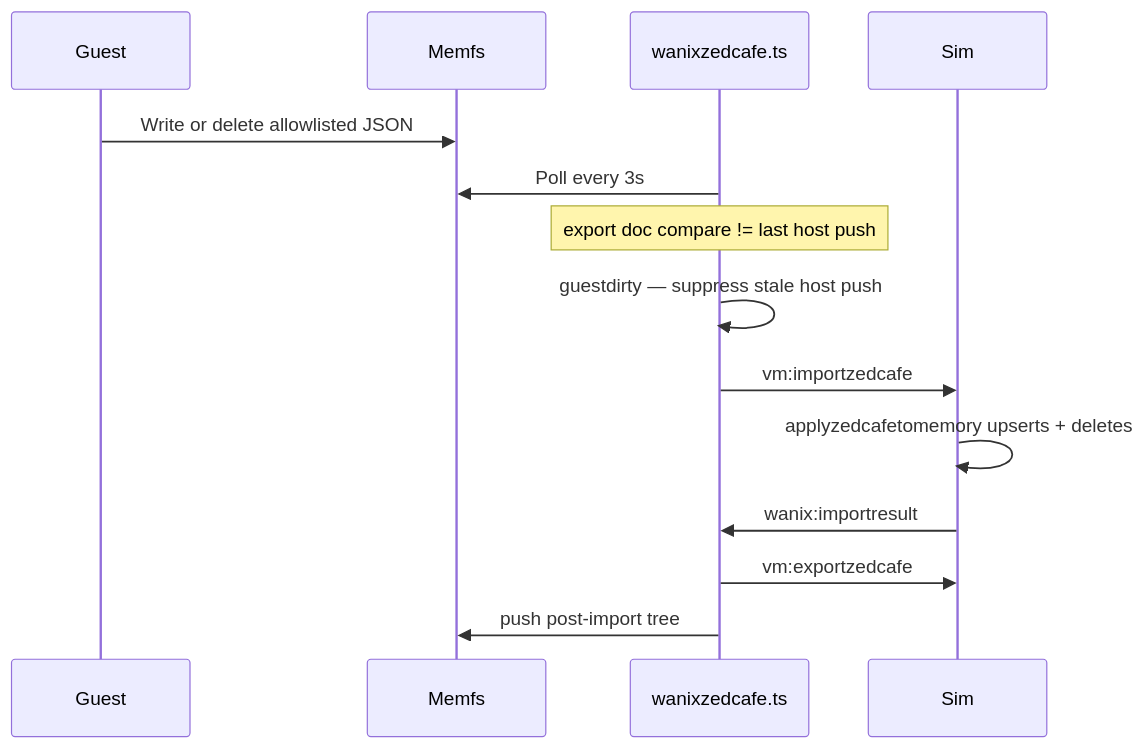
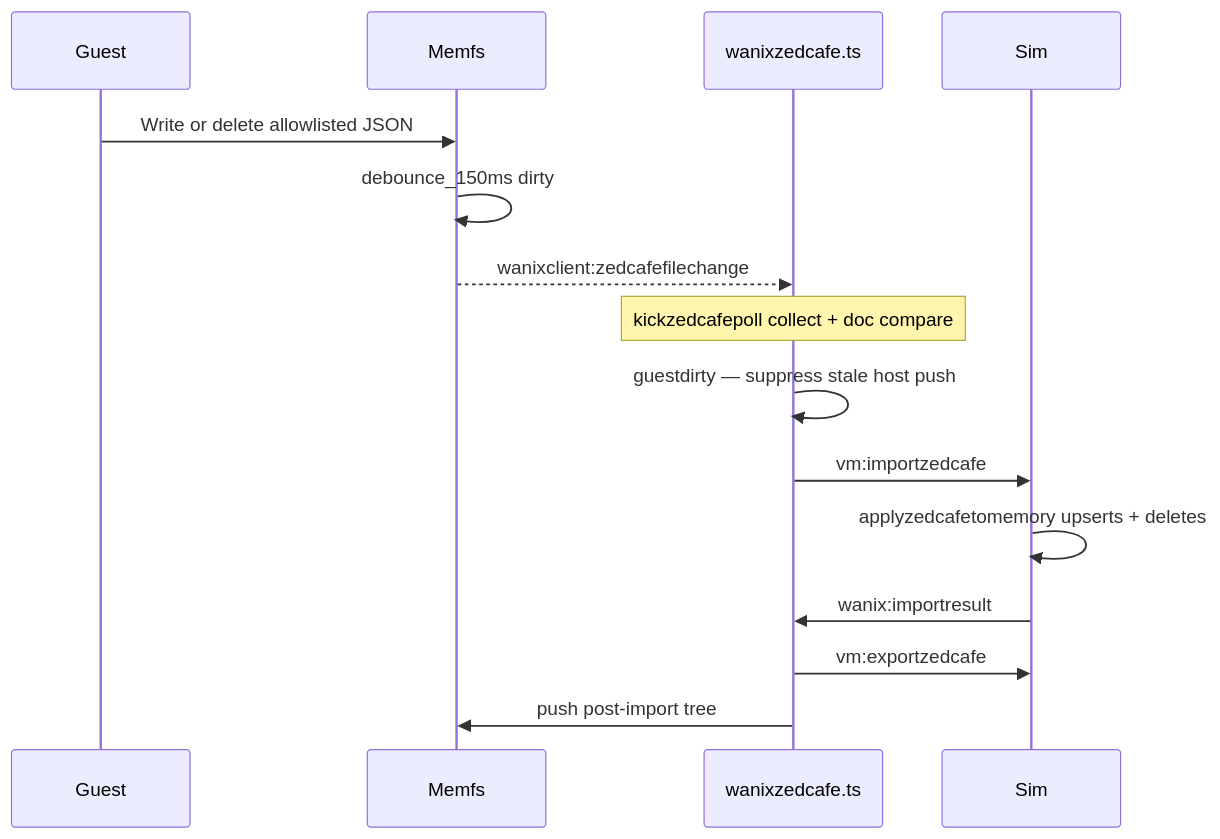
The fourth of 9 diagrams in zss/feature/wanix/README.md (goldbuick/zed-software-system), drawn with Mermaid before and after one commit. The commit also changed other lines of this file and 22 other files, not shown here.

````diff
--- a/zss/feature/wanix/README.md
+++ b/zss/feature/wanix/README.md
@@ -216,17 +216,18 @@
 ```mermaid
 sequenceDiagram
   participant Guest
   participant Memfs
   participant Parent as wanixzedcafe.ts
   participant Sim
 
   Guest->>Memfs: Write or delete allowlisted JSON
-  Parent->>Memfs: Poll every 3s
-  Note over Parent: export doc compare != last host push
+  Memfs->>Memfs: debounce_150ms dirty
+  Memfs-->>Parent: wanixclient:zedcafefilechange
+  Note over Parent: kickzedcafepoll collect + doc compare
   Parent->>Parent: guestdirty — suppress stale host push
   Parent->>Sim: vm:importzedcafe
   Sim->>Sim: applyzedcafetomemory upserts + deletes
   Sim->>Parent: wanix:importresult
   Parent->>Sim: vm:exportzedcafe
   Parent->>Memfs: push post-import tree
 ```
````
